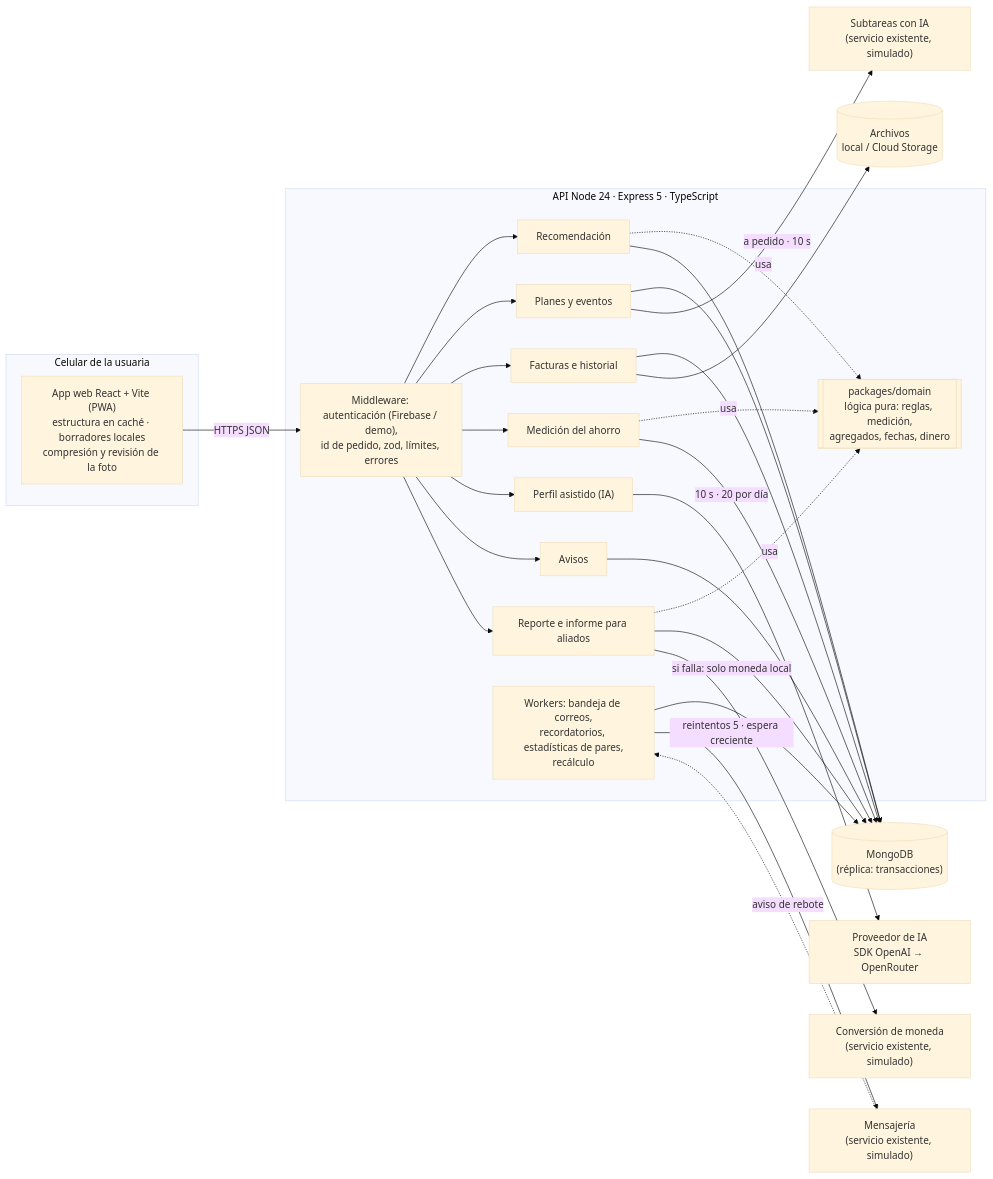
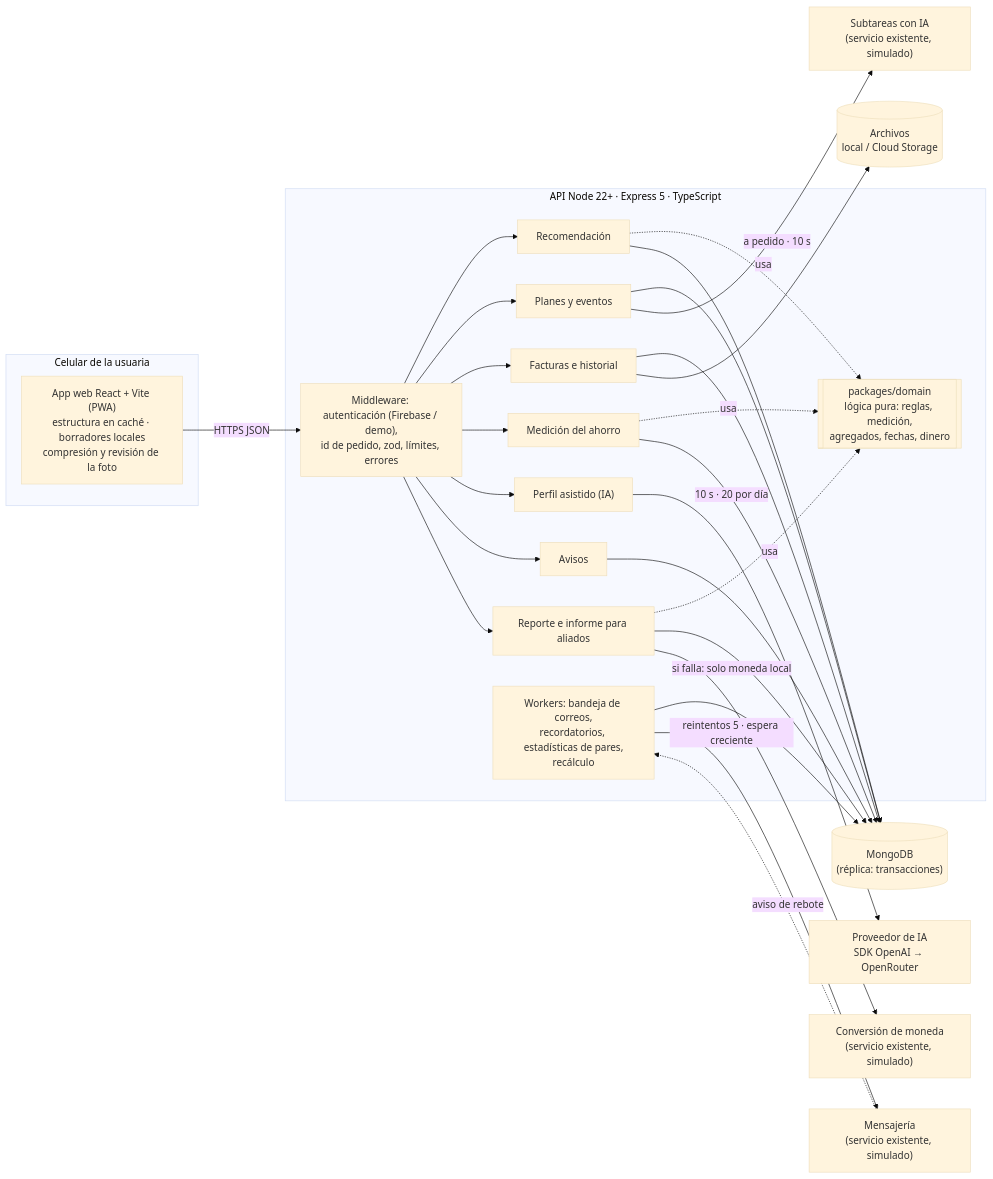
One commit to ricardobing/ahorro-energetico-medido changed the first of 3 diagrams in openspec/changes/primer-paso-ahorro-medido/design.md. Above: the diagram before and after it, drawn with Mermaid (base theme). The commit also changed other lines of this file and 1 other file, not shown here.

First line of the commit message:
docs(openspec): sin Docker; Node 22 o más y README como vitrina

````diff
--- a/openspec/changes/primer-paso-ahorro-medido/design.md
+++ b/openspec/changes/primer-paso-ahorro-medido/design.md
@@ -196,37 +194,37 @@
 ```mermaid
 flowchart LR
   subgraph Celular["Celular de la usuaria"]
     WEB["App web React + Vite (PWA)<br/>estructura en caché · borradores locales<br/>compresión y revisión de la foto"]
   end
 
-  subgraph API["API Node 24 · Express 5 · TypeScript"]
+  subgraph API["API Node 22+ · Express 5 · TypeScript"]
     MW["Middleware: autenticación (Firebase / demo),<br/>id de pedido, zod, límites, errores"]
     REC["Recomendación"]
     PLAN["Planes y eventos"]
     BILL["Facturas e historial"]
     MEAS["Medición del ahorro"]
     PROF["Perfil asistido (IA)"]
     NOTI["Avisos"]
     REP["Reporte e informe para aliados"]
     DOM[["packages/domain<br/>lógica pura: reglas, medición,<br/>agregados, fechas, dinero"]]
     WRK["Workers: bandeja de correos,<br/>recordatorios, estadísticas de pares,<br/>recálculo"]
   end
 
   DB[("MongoDB<br/>(réplica: transacciones)")]
   FS[("Archivos<br/>local / Cloud Storage")]
   AI["Proveedor de IA<br/>SDK OpenAI → OpenRouter"]
   SUB["Subtareas con IA<br/>(servicio existente, simulado)"]
   MSG["Mensajería<br/>(servicio existente, simulado)"]
   FX["Conversión de moneda<br/>(servicio existente, simulado)"]
 
   WEB -- "HTTPS JSON" --> MW
   MW --> REC & PLAN & BILL & MEAS & PROF & NOTI & REP
   REC & MEAS & REP -.usa.-> DOM
   REC & PLAN & BILL & MEAS & NOTI & REP & WRK --> DB
   BILL --> FS
   PROF -- "10 s · 20 por día" --> AI
   PLAN -- "a pedido · 10 s" --> SUB
   WRK -- "reintentos 5 · espera creciente" --> MSG
   REP -- "si falla: solo moneda local" --> FX
   MSG -. "aviso de rebote" .-> WRK
 ```
````
